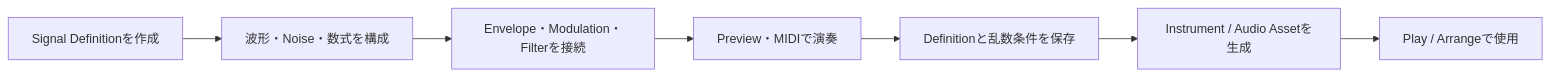
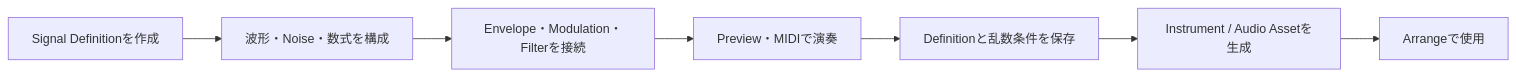
The tenth of 12 diagrams in docs/ui-ux-design/ui-ux-design.md (endo-ly/riffra), drawn with Mermaid before and after one commit. The commit also changed other lines of this file and 10 other files, not shown here.

````diff
--- a/docs/ui-ux-design/ui-ux-design.md
+++ b/docs/ui-ux-design/ui-ux-design.md
@@ -533,9 +545,9 @@
 ```mermaid
 flowchart LR
     NEW["Signal Definitionを作成"] --> BUILD["波形・Noise・数式を構成"]
     BUILD --> SHAPE["Envelope・Modulation・Filterを接続"]
     SHAPE --> PLAY["Preview・MIDIで演奏"]
     PLAY --> SAVE["Definitionと乱数条件を保存"]
     SAVE --> ASSET["Instrument / Audio Assetを生成"]
-    ASSET --> USE["Play / Arrangeで使用"]
+    ASSET --> USE["Arrangeで使用"]
 ```
````
